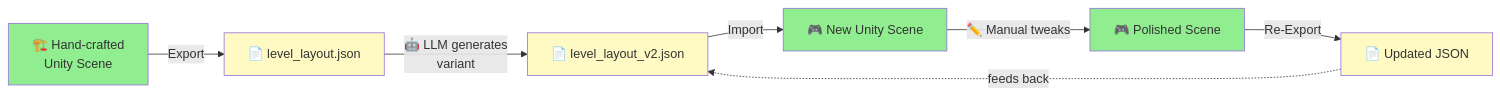
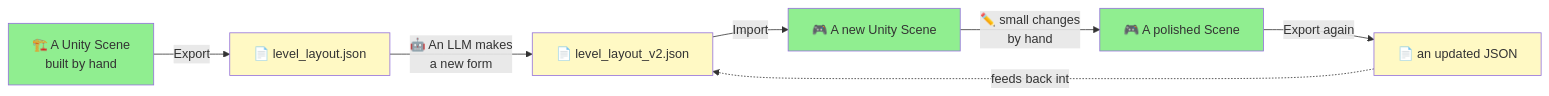
One commit to hiroxpepe/briko changed the fourth of 11 diagrams in README.md. Above: the diagram before and after it, drawn with Mermaid. The commit also changed other lines of this file and 1 other file, not shown here.

````diff
--- a/README.md
+++ b/README.md
@@ -132,16 +157,16 @@
 ```mermaid
 flowchart LR
-    A[🏗️ Hand-crafted<br/>Unity Scene] -->|Export| B[📄 level_layout.json]
-    B -->|🤖 LLM generates<br/>variant| C[📄 level_layout_v2.json]
-    C -->|Import| D[🎮 New Unity Scene]
-    D -->|✏️ Manual tweaks| E[🎮 Polished Scene]
-    E -->|Re-Export| F[📄 Updated JSON]
-    F -.feeds back.-> C
+    A[🏗️ A Unity Scene<br/>built by hand] -->|Export| B[📄 level_layout.json]
+    B -->|🤖 An LLM makes<br/>a new form| C[📄 level_layout_v2.json]
+    C -->|Import| D[🎮 A new Unity Scene]
+    D -->|✏️ small changes<br/>by hand| E[🎮 A polished Scene]
+    E -->|Export again| F[📄 an updated JSON]
+    F -.feeds back into.-> C
 
     style B fill:#fff9c4
     style C fill:#fff9c4
     style F fill:#fff9c4
     style A fill:#90ee90
     style D fill:#90ee90
     style E fill:#90ee90
 ```
````
